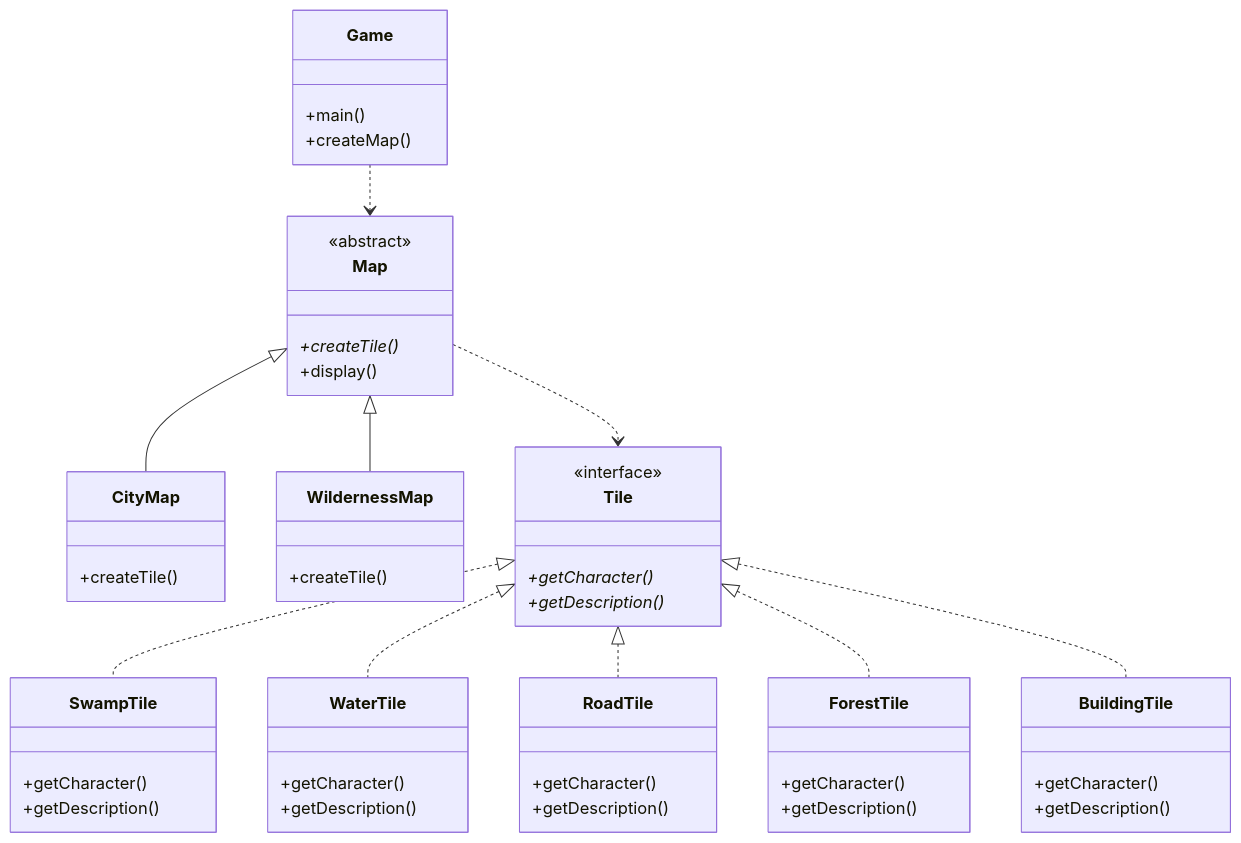
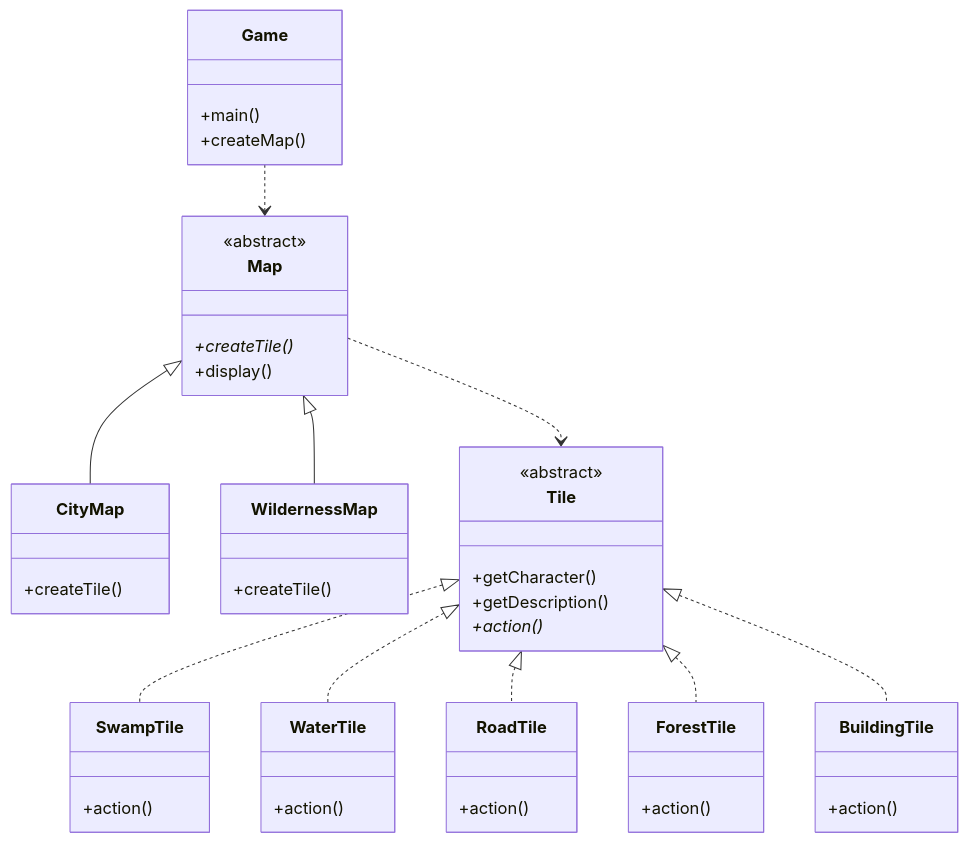
Before and after one commit to vesavvo/design_patterns: the diagram in markdown/assignments/factory_method.md, drawn with Mermaid. The commit also changed other lines of this file, not shown here.

Commit message:
Replace Tile with interface

````diff
--- a/markdown/assignments/factory_method.md
+++ b/markdown/assignments/factory_method.md
@@ -36,58 +38,54 @@
 ```mermaid
 classDiagram
     class Map {
         <<abstract>>
         +createTile()*
         +display()
     }
     class CityMap {
         +createTile()
     }
     class WildernessMap {
         +createTile()
     }
     class Tile {
-        <<interface>>
-        +getCharacter()*
-        +getDescription()*
+        <<abstract>>
+        +getCharacter()
+        +getDescription()
+        +action()*
     }
 
     class Game {
         +main()
         +createMap()
     }
     
     class SwampTile {
-        +getCharacter()
-        +getDescription()
+        +action()
     }
     class WaterTile {
-        +getCharacter()
-        +getDescription()
+        +action()
     }
     class RoadTile {
-        +getCharacter()
-        +getDescription()
+        +action()
     }
     class ForestTile {
-        +getCharacter()
-        +getDescription()
+        +action()
     }
     class BuildingTile {
-        +getCharacter()
-        +getDescription()
+        +action()
     }
     
     Map <|-- CityMap
     Map <|-- WildernessMap
     
     Tile <|.. SwampTile
     Tile <|.. WaterTile
     Tile <|.. RoadTile
     Tile <|.. ForestTile
     Tile <|.. BuildingTile
     
     Game ..> Map
     Map ..> Tile
     
 ```
````
